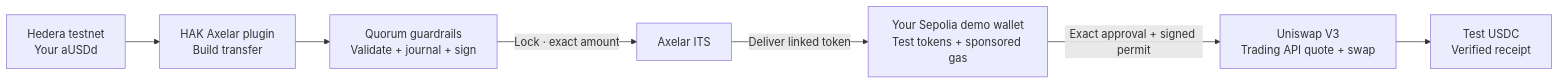
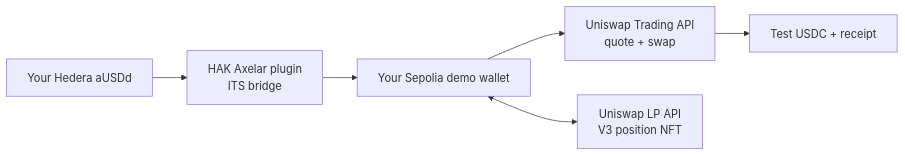
Before and after one commit to jmgomezl/aivy-parametric-pool: the third of 3 diagrams in README.md, drawn with Mermaid. The commit also changed other lines of this file and 12 other files, not shown here.

````diff
--- a/README.md
+++ b/README.md
@@ -192,9 +93,8 @@
 ```mermaid
 flowchart LR
-  H["Hedera testnet<br/>Your aUSDd"] --> P["HAK Axelar plugin<br/>Build transfer"]
-  P --> G["Quorum guardrails<br/>Validate + journal + sign"]
-  G -->|"Lock · exact amount"| A["Axelar ITS"]
-  A -->|"Deliver linked token"| E["Your Sepolia demo wallet<br/>Test tokens + sponsored gas"]
-  E -->|"Exact approval + signed permit"| U["Uniswap V3<br/>Trading API quote + swap"]
-  U --> R["Test USDC<br/>Verified receipt"]
+  H["Your Hedera aUSDd"] --> A["HAK Axelar plugin<br/>ITS bridge"]
+  A --> E["Your Sepolia demo wallet"]
+  E --> U["Uniswap Trading API<br/>quote + swap"]
+  U --> C["Test USDC + receipt"]
+  E <--> L["Uniswap LP API<br/>V3 position NFT"]
 ```
````
